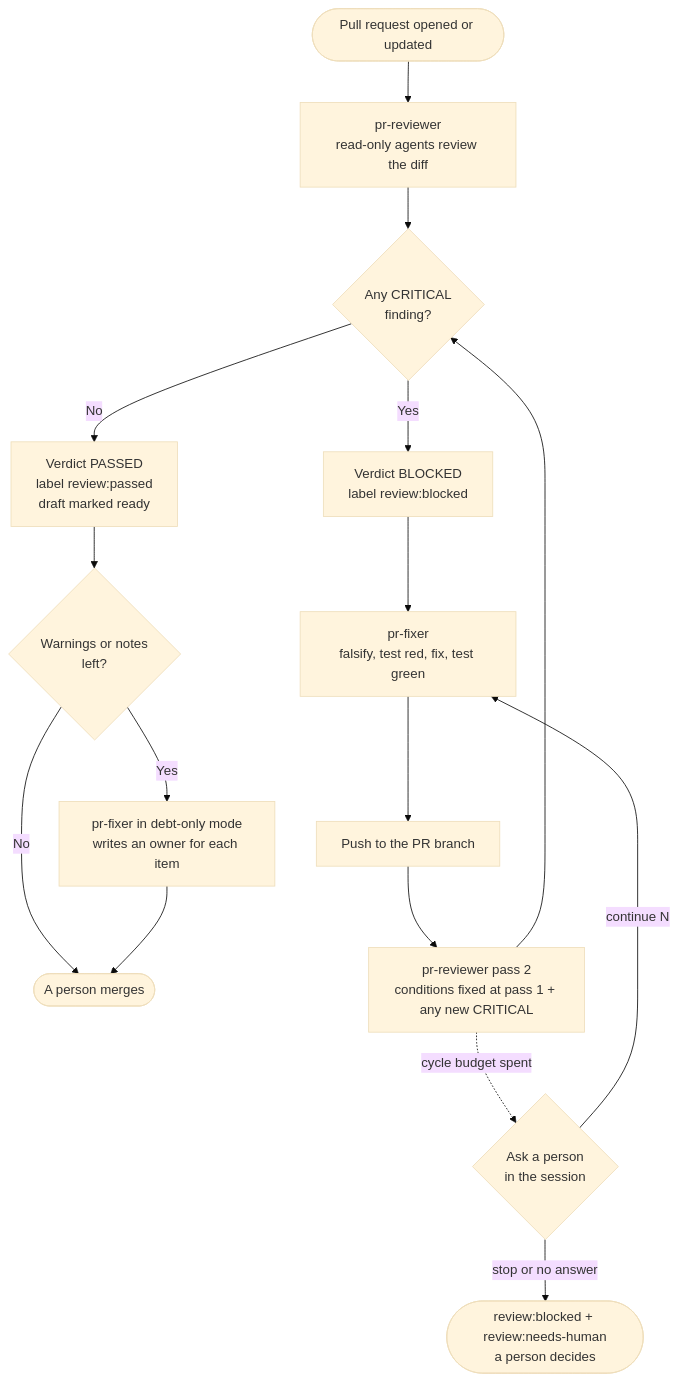
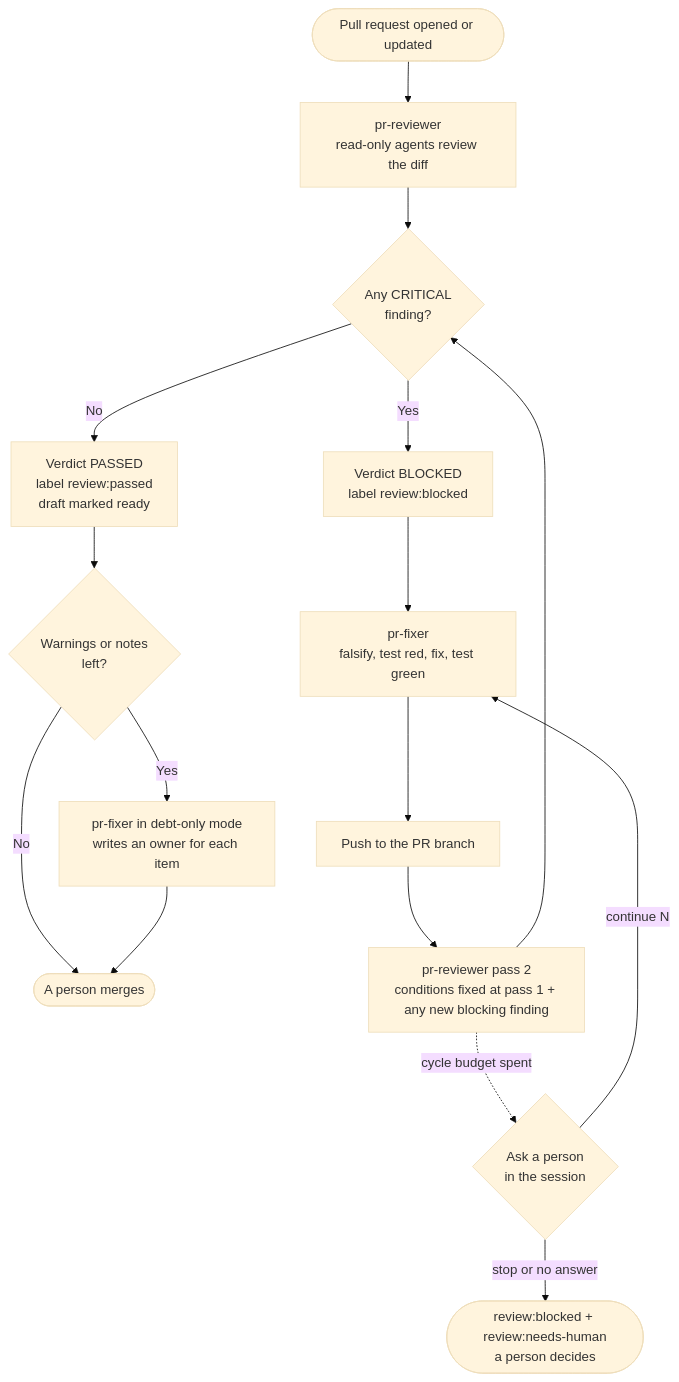
The diagram in docs/diagrams/01-overview.mmd (jonyfs/pr-reviewer-fixer), drawn with Mermaid (base theme) before and after one commit. The commit also changed 17 other files, not shown here.

First line of the commit message:
0.7.1: fixer, loop and budget prose speak of blocking findings (W1 of #15 pass 1)

```diff
--- a/docs/diagrams/01-overview.mmd
+++ b/docs/diagrams/01-overview.mmd
@@ -1,16 +1,16 @@
 flowchart TD
     A([Pull request opened or updated]) --> B[pr-reviewer<br/>read-only agents review the diff]
     B --> C{Any CRITICAL<br/>finding?}
     C -- No --> D[Verdict PASSED<br/>label review:passed<br/>draft marked ready]
     C -- Yes --> E[Verdict BLOCKED<br/>label review:blocked]
     D --> F{Warnings or notes<br/>left?}
     F -- Yes --> G[pr-fixer in debt-only mode<br/>writes an owner for each item]
     F -- No --> H([A person merges])
     G --> H
     E --> I[pr-fixer<br/>falsify, test red, fix, test green]
     I --> J[Push to the PR branch]
-    J --> K[pr-reviewer pass 2<br/>conditions fixed at pass 1 + any new CRITICAL]
+    J --> K[pr-reviewer pass 2<br/>conditions fixed at pass 1 + any new blocking finding]
     K --> C
     K -. cycle budget spent .-> L{Ask a person<br/>in the session}
     L -- continue N --> I
     L -- stop or no answer --> M([review:blocked + review:needs-human<br/>a person decides])
```
